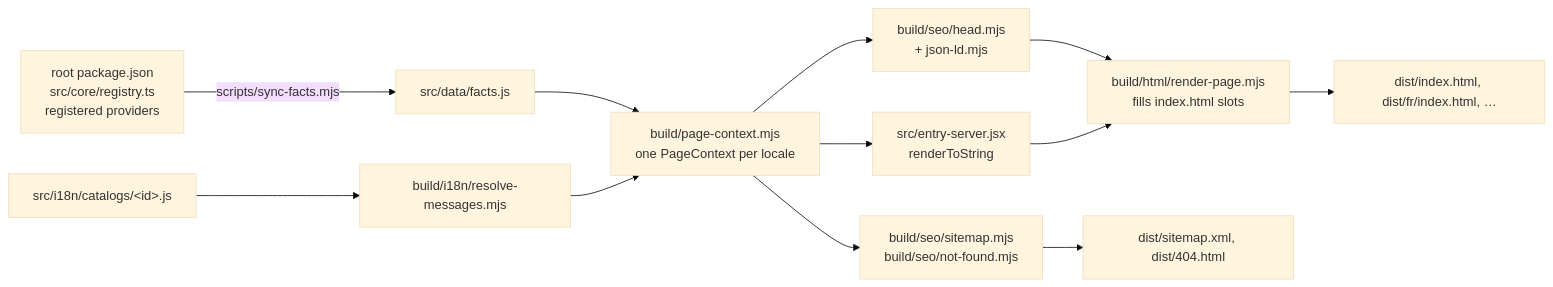
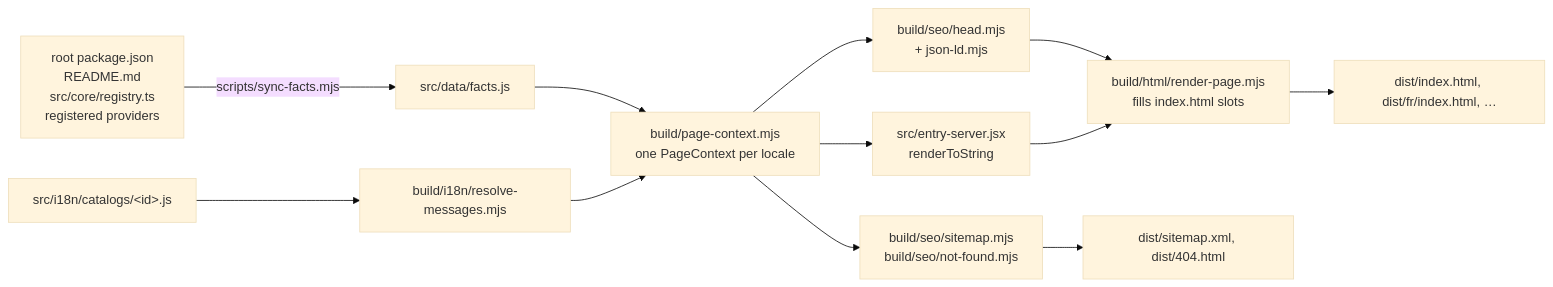
The diagram in docs/development/website.md (LINDECKER-Charles/gup), drawn with Mermaid (base theme) before and after one commit. The commit also changed other lines of this file and 36 other files, not shown here.

````diff
--- a/docs/development/website.md
+++ b/docs/development/website.md
@@ -23,14 +23,14 @@
 ```mermaid
 flowchart LR
-  F["root package.json<br/>src/core/registry.ts<br/>registered providers"] -->|scripts/sync-facts.mjs| FA["src/data/facts.js"]
+  F["root package.json<br/>README.md<br/>src/core/registry.ts<br/>registered providers"] -->|scripts/sync-facts.mjs| FA["src/data/facts.js"]
   C["src/i18n/catalogs/&lt;id&gt;.js"] --> R["build/i18n/resolve-messages.mjs"]
   FA --> P["build/page-context.mjs<br/>one PageContext per locale"]
   R --> P
   P --> H["build/seo/head.mjs<br/>+ json-ld.mjs"]
   P --> S["src/entry-server.jsx<br/>renderToString"]
   P --> X["build/seo/sitemap.mjs<br/>build/seo/not-found.mjs"]
   H --> T["build/html/render-page.mjs<br/>fills index.html slots"]
   S --> T
   T --> D["dist/index.html, dist/fr/index.html, …"]
   X --> D2["dist/sitemap.xml, dist/404.html"]
 ```
````
